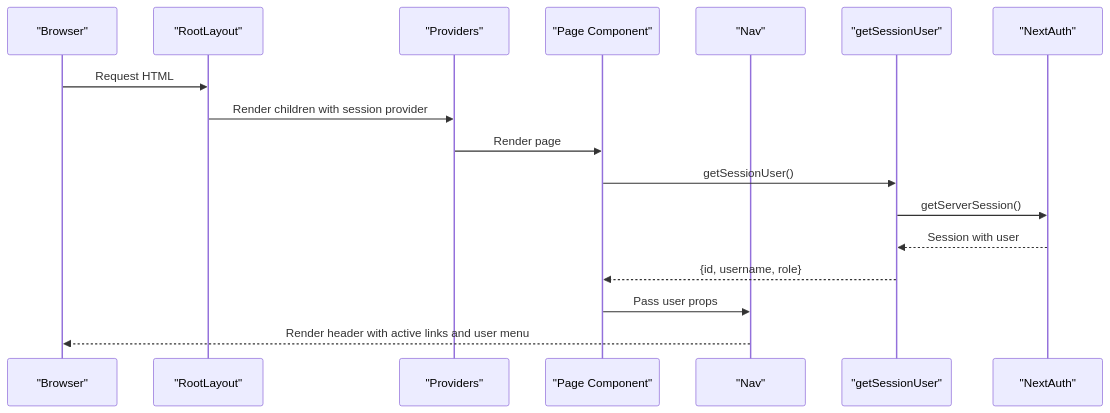
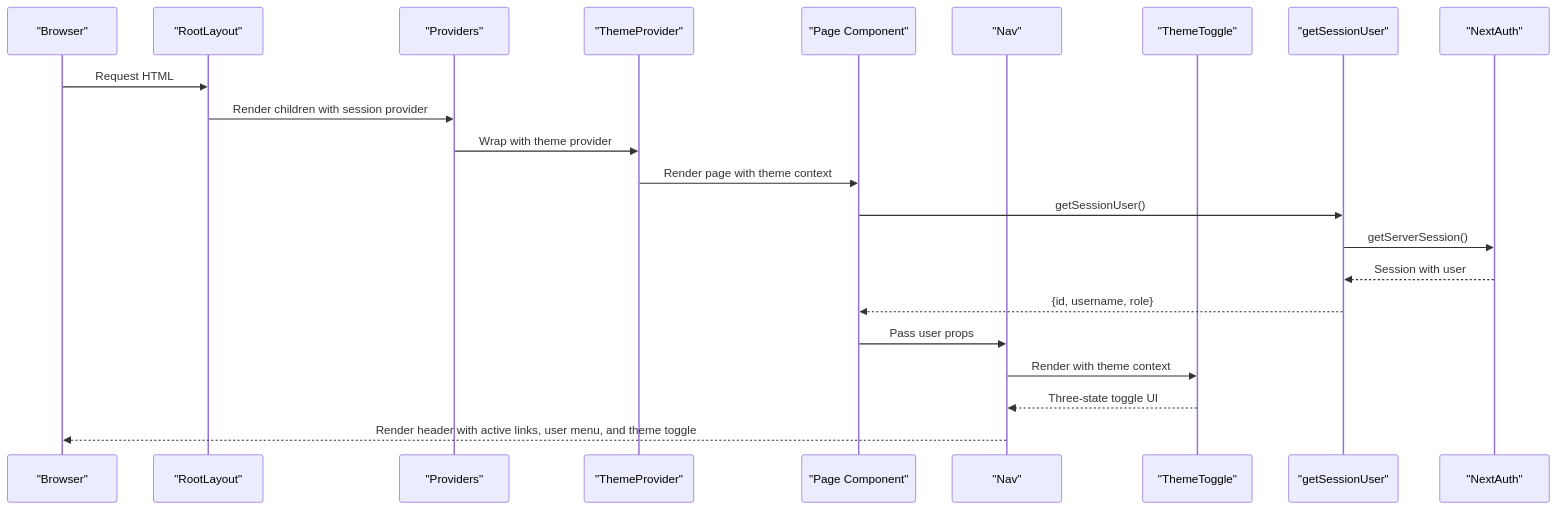
The second of 9 diagrams in .qoder/repowiki/en/content/Frontend Components/Navigation and UI Elements.md (jrj444/git-daily), drawn with Mermaid before and after one commit. The commit also changed other lines of this file and 4 other files, not shown here.

````diff
--- a/.qoder/repowiki/en/content/Frontend Components/Navigation and UI Elements.md
+++ b/.qoder/repowiki/en/content/Frontend Components/Navigation and UI Elements.md
@@ -150,19 +165,24 @@
 ```mermaid
 sequenceDiagram
 participant Browser as "Browser"
 participant Layout as "RootLayout"
 participant Providers as "Providers"
+participant ThemeProvider as "ThemeProvider"
 participant Page as "Page Component"
 participant Nav as "Nav"
+participant ThemeToggle as "ThemeToggle"
 participant Session as "getSessionUser"
 participant Auth as "NextAuth"
 Browser->>Layout : Request HTML
 Layout->>Providers : Render children with session provider
-Providers->>Page : Render page
+Providers->>ThemeProvider : Wrap with theme provider
+ThemeProvider->>Page : Render page with theme context
 Page->>Session : getSessionUser()
 Session->>Auth : getServerSession()
 Auth-->>Session : Session with user
 Session-->>Page : {id, username, role}
 Page->>Nav : Pass user props
-Nav-->>Browser : Render header with active links and user menu
+Nav->>ThemeToggle : Render with theme context
+ThemeToggle-->>Nav : Three-state toggle UI
+Nav-->>Browser : Render header with active links, user menu, and theme toggle
 ```
````
